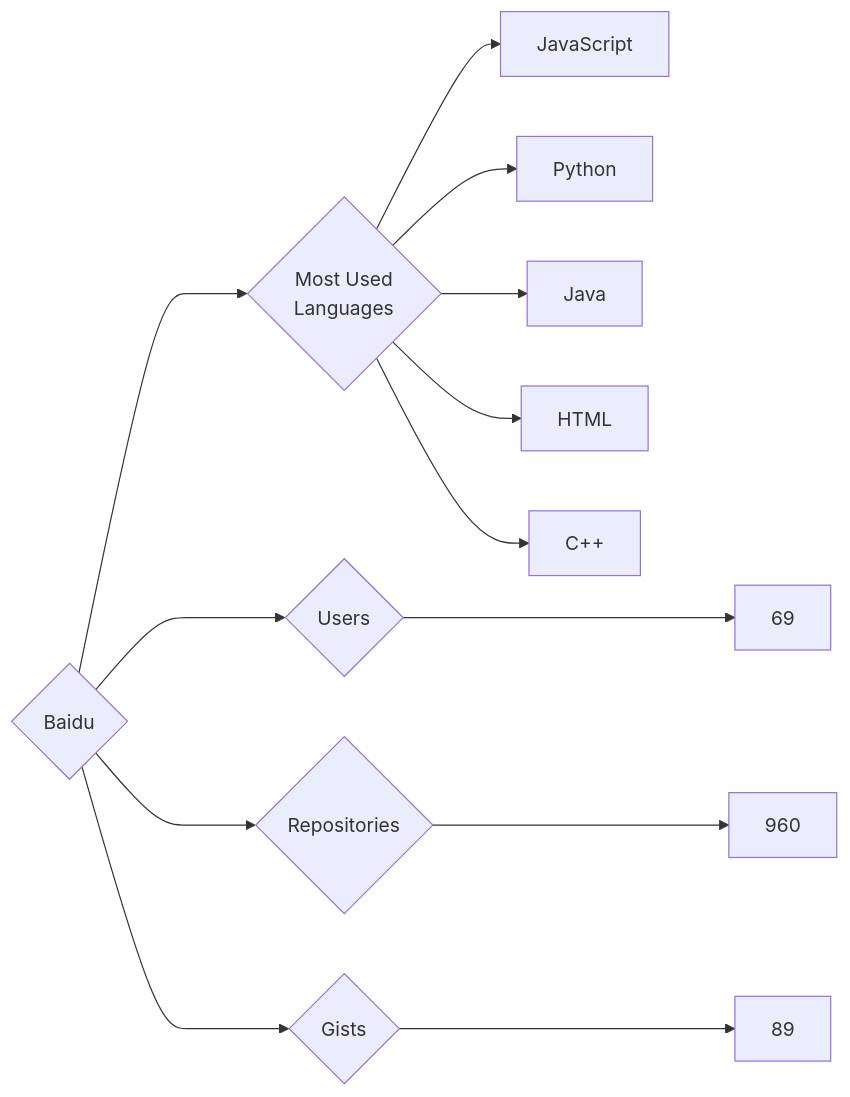
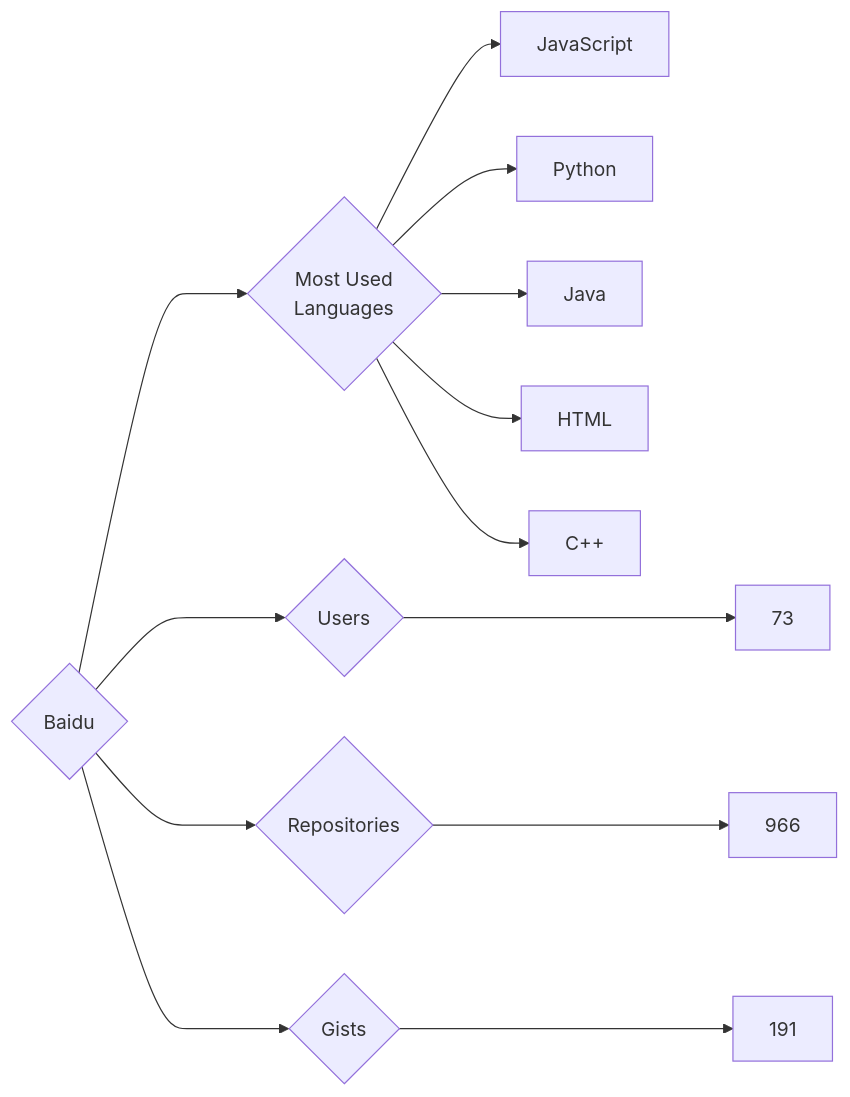
One commit to trickest/insiders changed the diagram in targets/Baidu/README.md. Above: the diagram before and after it, drawn with Mermaid. The commit also changed 714 other files, not shown here.

````diff
--- a/targets/Baidu/README.md
+++ b/targets/Baidu/README.md
@@ -3,13 +3,13 @@
 ```mermaid
 graph LR
 COMPANY_NAME{Baidu}
-COMPANY_NAME ---> U{Users} ---> UN[69]
-COMPANY_NAME ---> R{Repositories} ---> RN[960]
-COMPANY_NAME ---> G{Gists} ---> GN[89]
+COMPANY_NAME ---> U{Users} ---> UN[73]
+COMPANY_NAME ---> R{Repositories} ---> RN[966]
+COMPANY_NAME ---> G{Gists} ---> GN[191]
 COMPANY_NAME ---> ML{Most Used<br>Languages}
 ML --> JavaScript[JavaScript]
 ML --> Python[Python]
 ML --> Java[Java]
 ML --> HTML[HTML]
 ML --> C++[C++]
 ```
````
